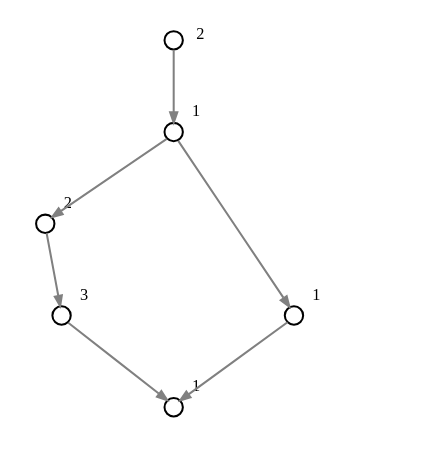
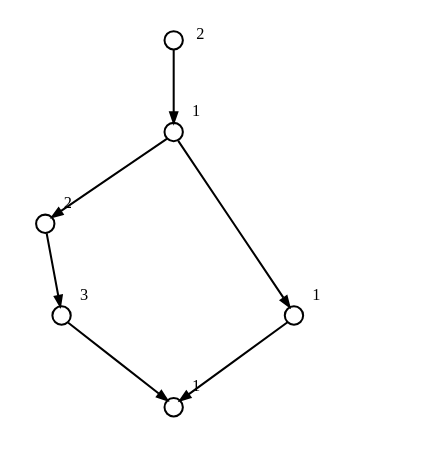
The diagram in images/presentation-scc-metagraph-all-whites.dot (massimo-nocentini/my-undergraduate-thesis), drawn with Graphviz before and after one commit. The commit also changed 13 other files, not shown here.

```diff
--- a/images/presentation-scc-metagraph-all-whites.dot
+++ b/images/presentation-scc-metagraph-all-whites.dot
@@ -1,39 +1,39 @@
 digraph G { ratio=1; center = true; edge [arrowsize=.5, weight=.1,
-	color="gray", fontsize=8]; node
+	fontsize=8]; node
 	[label="",shape=circle,height=0.12,width=0.12,fontsize=1];
 	dummy_species_id12dummy_compartment_id ->
 	dummy_species_id11dummy_compartment_id;
 	dummy_species_id11dummy_compartment_id ->
 	dummy_species_id13dummy_compartment_id;
 	dummy_species_id14dummy_compartment_id ->
 	dummy_species_id13dummy_compartment_id;
 	dummy_species_id15dummy_compartment_id ->
 	dummy_species_id12dummy_compartment_id;
 	dummy_species_id15dummy_compartment_id ->
 	dummy_species_id14dummy_compartment_id;
 	dummy_species_id16dummy_compartment_id ->
 	dummy_species_id15dummy_compartment_id;
 	dummy_species_id11dummy_compartment_id;
 	dummy_species_id12dummy_compartment_id ;
 	dummy_species_id13dummy_compartment_id ;
 	dummy_species_id14dummy_compartment_id ;
 	dummy_species_id15dummy_compartment_id ;
 	dummy_species_id16dummy_compartment_id;
 	dummy_species_id11dummy_compartment_id ->
 	dummy_species_id11dummy_compartment_id [taillabel="3",
 	labelangle=0, color=transparent];
 	dummy_species_id12dummy_compartment_id ->
 	dummy_species_id12dummy_compartment_id [taillabel="2",
 	labelangle=0, color=transparent];
 	dummy_species_id13dummy_compartment_id ->
 	dummy_species_id13dummy_compartment_id [taillabel="1",
 	labelangle=0, color=transparent];
 	dummy_species_id14dummy_compartment_id ->
 	dummy_species_id14dummy_compartment_id [taillabel="1",
 	labelangle=0, color=transparent];
 	dummy_species_id15dummy_compartment_id ->
 	dummy_species_id15dummy_compartment_id [taillabel="1",
 	labelangle=0, color=transparent];
 	dummy_species_id16dummy_compartment_id ->
 	dummy_species_id16dummy_compartment_id [taillabel="2",
 	labelangle=-45, color=transparent]; }
```
